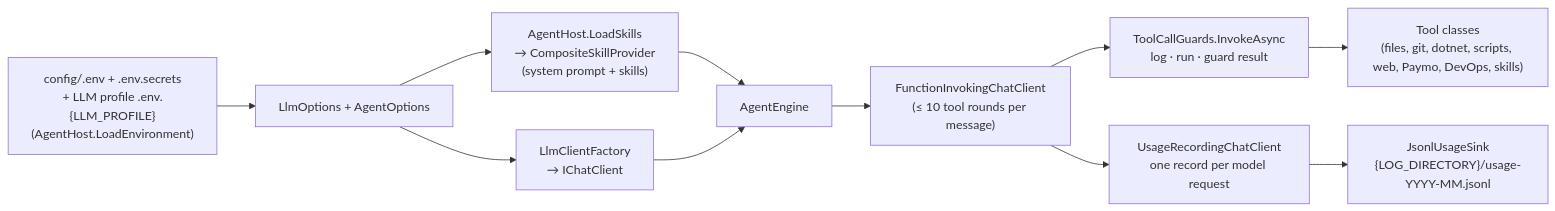
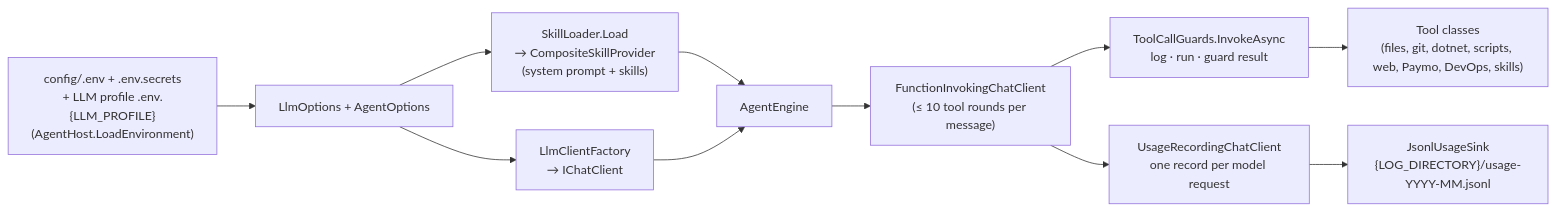
Before and after one commit to bosbevk/louis-agent: the diagram in docs/projects/louis-agent.core.md, drawn with Mermaid. The commit also changed other lines of this file and 40 other files, not shown here.

````diff
--- a/docs/projects/louis-agent.core.md
+++ b/docs/projects/louis-agent.core.md
@@ -14,13 +14,13 @@
 ```mermaid
 flowchart LR
     Env["config/.env + .env.secrets<br/>+ LLM profile .env.{LLM_PROFILE}<br/>(AgentHost.LoadEnvironment)"] --> Opts["LlmOptions + AgentOptions"]
-    Opts --> Skills["AgentHost.LoadSkills<br/>→ CompositeSkillProvider<br/>(system prompt + skills)"]
+    Opts --> Skills["SkillLoader.Load<br/>→ CompositeSkillProvider<br/>(system prompt + skills)"]
     Opts --> Factory["LlmClientFactory<br/>→ IChatClient"]
     Skills --> Engine["AgentEngine"]
     Factory --> Engine
     Engine --> Loop["FunctionInvokingChatClient<br/>(≤ 10 tool rounds per message)"]
     Loop --> Guards["ToolCallGuards.InvokeAsync<br/>log · run · guard result"]
     Guards --> Tools["Tool classes<br/>(files, git, dotnet, scripts, web, Paymo, DevOps, skills)"]
     Loop --> Rec["UsageRecordingChatClient<br/>one record per model request"]
     Rec --> Ledger["JsonlUsageSink<br/>{LOG_DIRECTORY}/usage-YYYY-MM.jsonl"]
 ```
````
